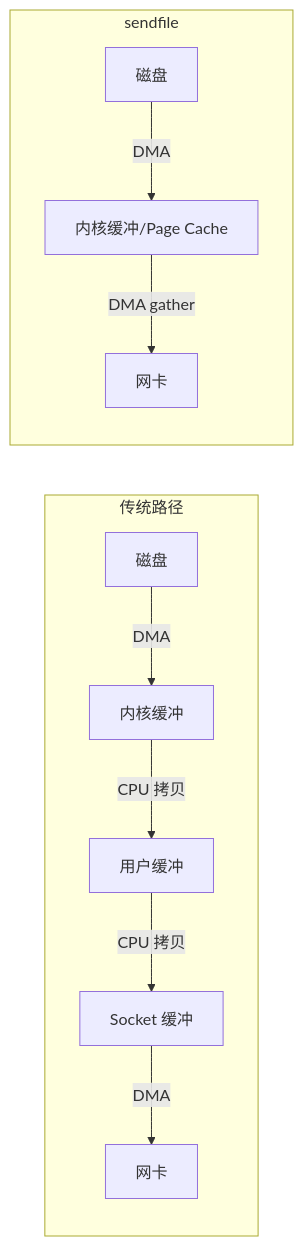
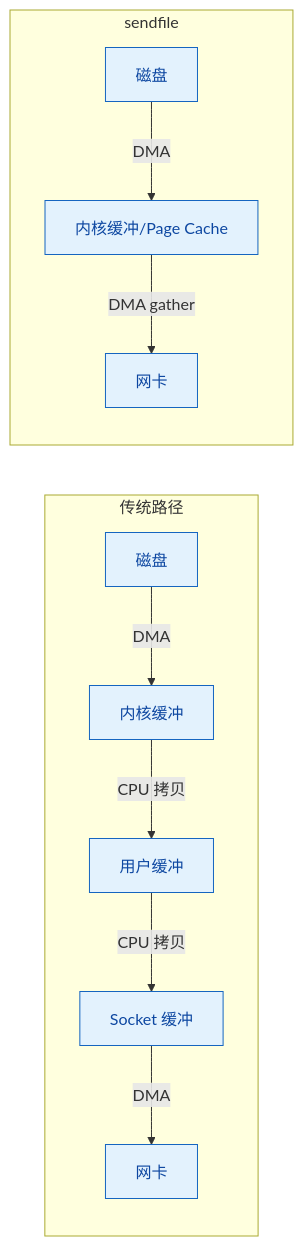
The second of 2 diagrams in content/posts/performance/linux_network_troubleshooting_guide.md (DeguiLiu/tech-notes), drawn with Mermaid before and after one commit. The commit also changed other lines of this file and 20 other files, not shown here.

First line of the commit message:
story-docs(blog): de-AI performance posts and color bus diagrams

````diff
--- a/content/posts/performance/linux_network_troubleshooting_guide.md
+++ b/content/posts/performance/linux_network_troubleshooting_guide.md
@@ -240,14 +243,17 @@
 ```mermaid
 graph LR
     subgraph 传统路径
         D1[磁盘] -->|DMA| K1[内核缓冲]
         K1 -->|CPU 拷贝| U1[用户缓冲]
         U1 -->|CPU 拷贝| K2[Socket 缓冲]
         K2 -->|DMA| N1[网卡]
     end
 
     subgraph sendfile
         D2[磁盘] -->|DMA| K3[内核缓冲/Page Cache]
         K3 -->|DMA gather| N2[网卡]
     end
+
+    classDef path fill:#e3f2fd,stroke:#1565c0,color:#0d47a1
+    class D1,K1,U1,K2,N1,D2,K3,N2 path
 ```
````
